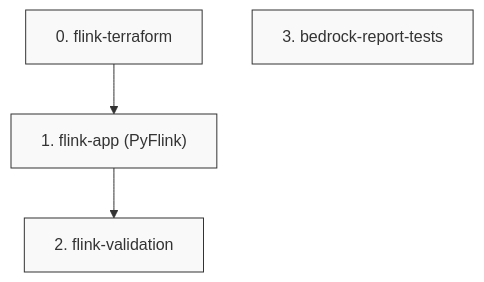
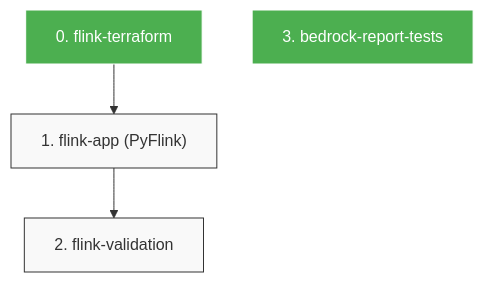
The diagram in phases/3-realtime/DAG.md (masondev1024/robot-data-pipeline), drawn with Mermaid before and after one commit. The commit also changed 3 other files, not shown here.

````diff
--- a/phases/3-realtime/DAG.md
+++ b/phases/3-realtime/DAG.md
@@ -3,17 +3,17 @@
 ```mermaid
 graph TD
   classDef completed fill:#4CAF50,stroke:#fff,color:#fff;
   classDef pending fill:#f9f9f9,stroke:#333;
   classDef error fill:#f44336,stroke:#fff,color:#fff;
   classDef blocked fill:#FF9800,stroke:#fff,color:#fff;
   S0["0. flink-terraform"]
-  class S0 pending;
+  class S0 completed;
   S1["1. flink-app (PyFlink)"]
   class S1 pending;
   S2["2. flink-validation"]
   class S2 pending;
   S3["3. bedrock-report-tests"]
-  class S3 pending;
+  class S3 completed;
   S0 --> S1
   S1 --> S2
 ```
````
